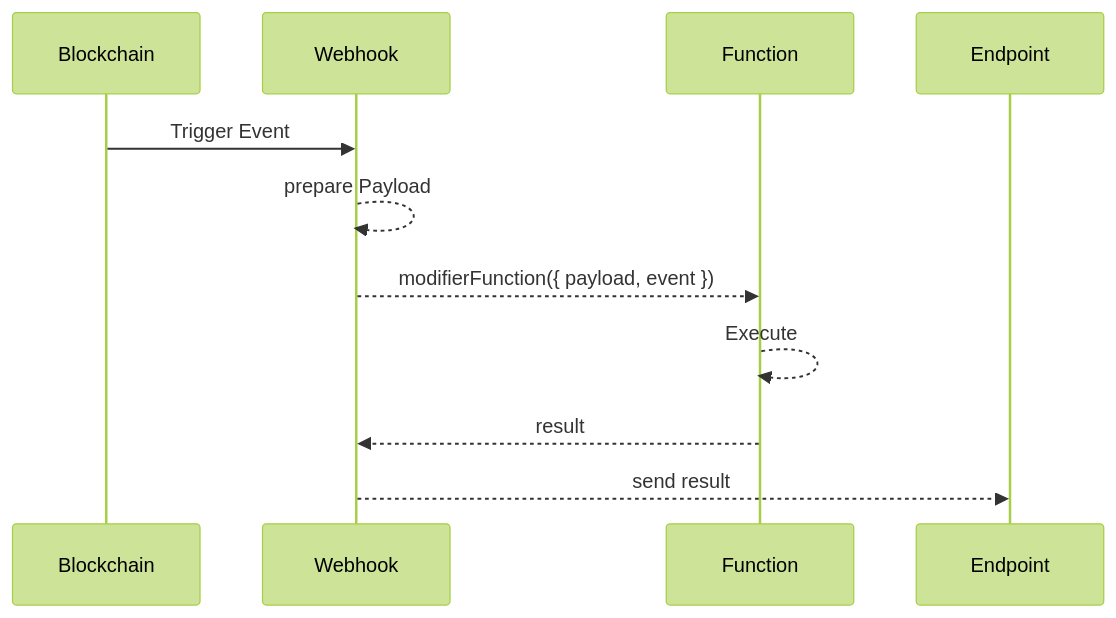
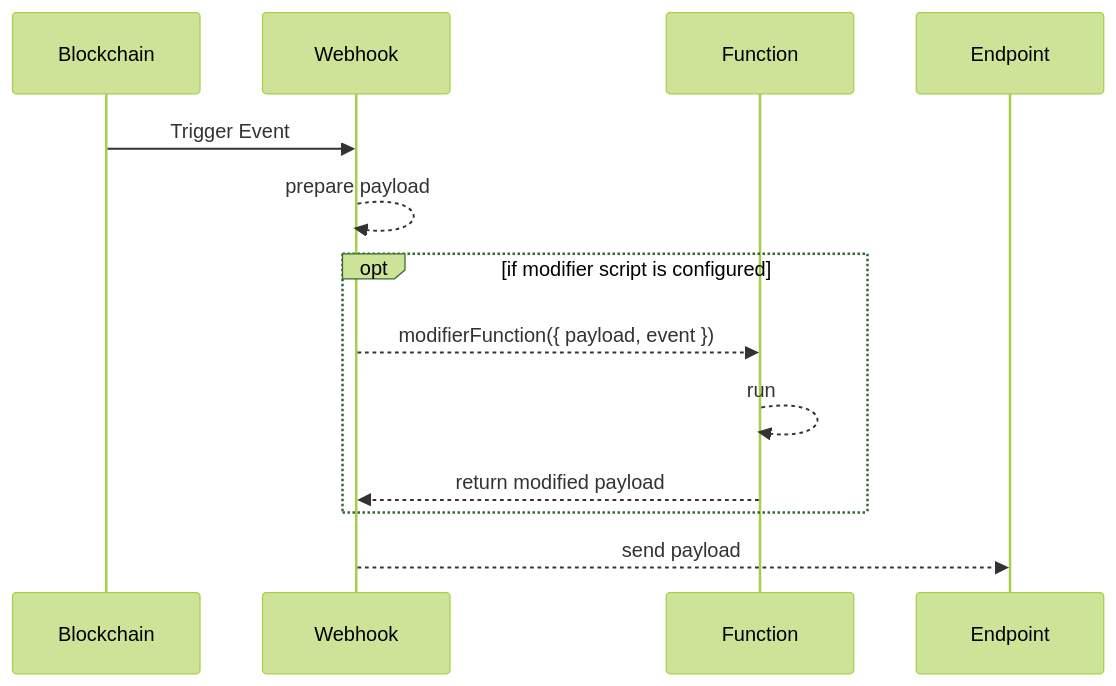
The diagram in vechain.energy/receive-push-on-smart-contract-changes/webhooks/scripts/README.md (vechain-energy/learn.vechain.energy), drawn with Mermaid (forest theme) before and after one commit.

Commit message:
GITBOOK-241: Clarify optionality of scripts

````diff
--- a/vechain.energy/receive-push-on-smart-contract-changes/webhooks/scripts/README.md
+++ b/vechain.energy/receive-push-on-smart-contract-changes/webhooks/scripts/README.md
@@ -13,10 +13,12 @@
 ```mermaid
 sequenceDiagram
     Blockchain->>Webhook: Trigger Event
-    Webhook-->>Webhook: prepare Payload
-    Webhook-->>Function: modifierFunction({ payload, event })
-    Function-->>Function: Execute
-    Function-->>Webhook: result
-    Webhook-->>Endpoint: send result
+    Webhook-->>Webhook: prepare payload
+    opt if modifier script is configured
+      Webhook-->>Function: modifierFunction({ payload, event })
+      Function-->>Function: run
+      Function-->>Webhook: return modified payload
+    end
+    Webhook-->>Endpoint: send payload
 
 ```
````
